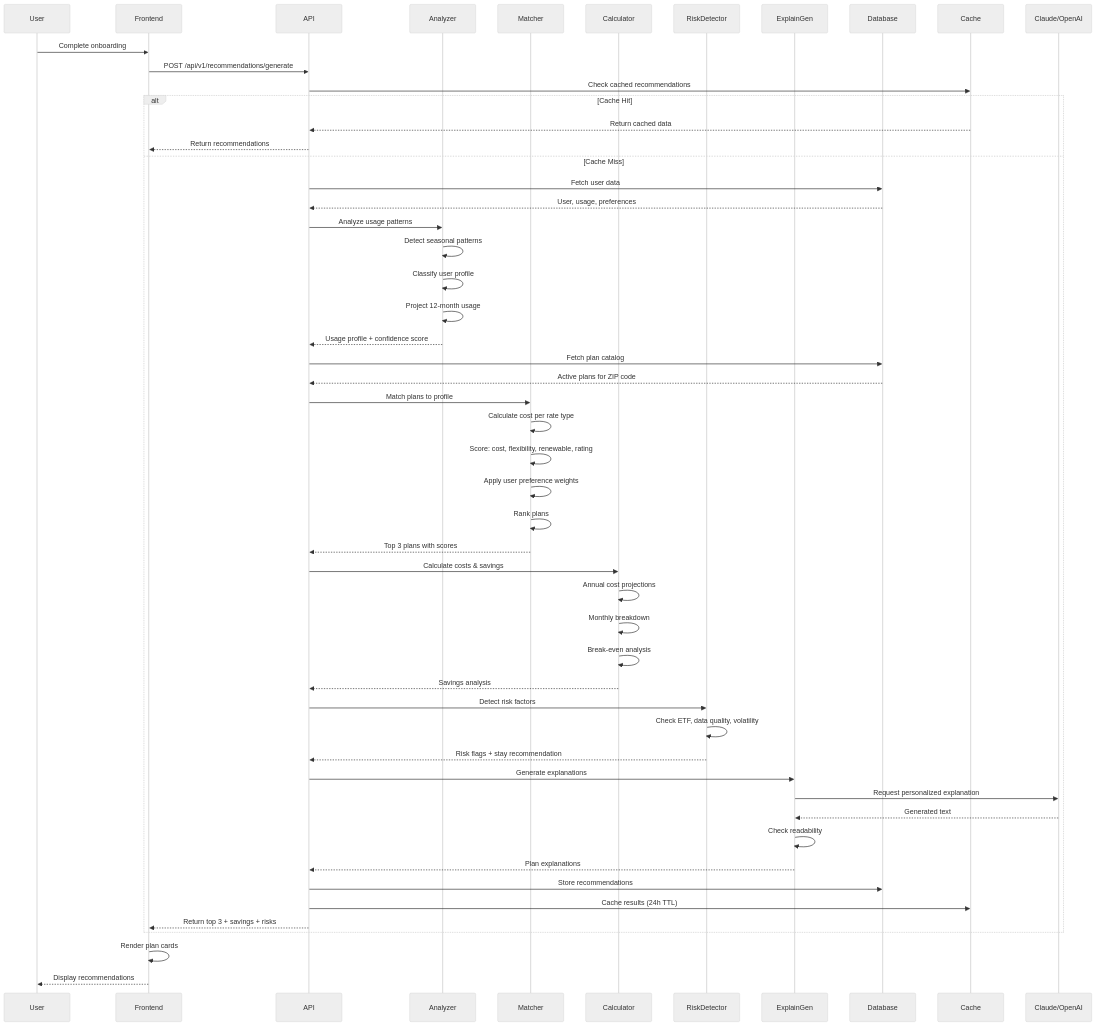
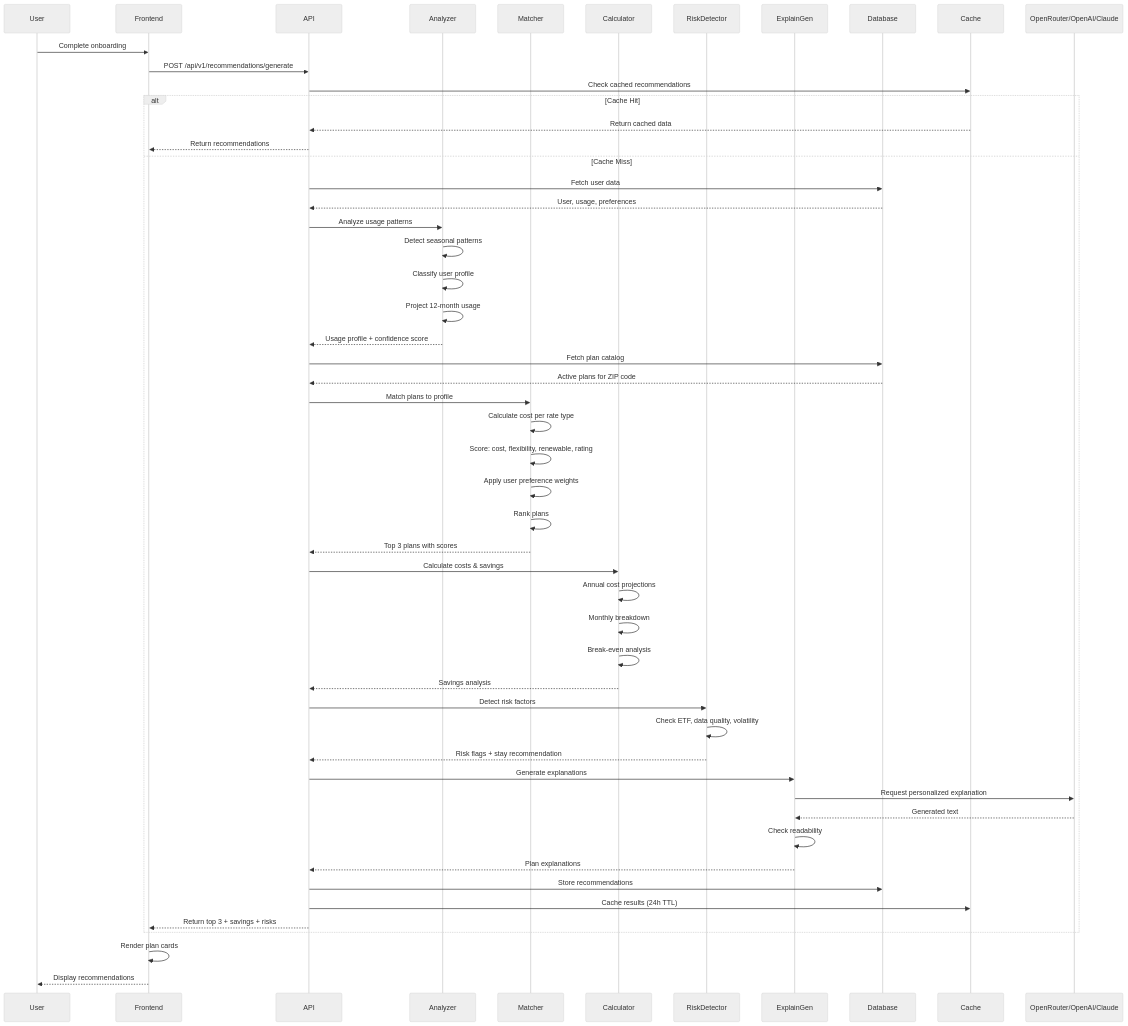
One commit to Rhoahndur/Treebeard changed the fourth of 11 diagrams in architecture.md. Above: the diagram before and after it, drawn with Mermaid (neutral theme). The commit also changed other lines of this file, not shown here.

Commit message:
update architecture doc

````diff
--- a/architecture.md
+++ b/architecture.md
@@ -254,65 +259,65 @@
 ```mermaid
 sequenceDiagram
     participant User
     participant Frontend
     participant API
     participant Analyzer
     participant Matcher
     participant Calculator
     participant RiskDetector
     participant ExplainGen
     participant Database
     participant Cache
-    participant AI as Claude/OpenAI
+    participant AI as OpenRouter/OpenAI/Claude
 
     User->>Frontend: Complete onboarding
     Frontend->>API: POST /api/v1/recommendations/generate
 
     API->>Cache: Check cached recommendations
     alt Cache Hit
         Cache-->>API: Return cached data
         API-->>Frontend: Return recommendations
     else Cache Miss
         API->>Database: Fetch user data
         Database-->>API: User, usage, preferences
 
         API->>Analyzer: Analyze usage patterns
         Analyzer->>Analyzer: Detect seasonal patterns
         Analyzer->>Analyzer: Classify user profile
         Analyzer->>Analyzer: Project 12-month usage
         Analyzer-->>API: Usage profile + confidence score
 
         API->>Database: Fetch plan catalog
         Database-->>API: Active plans for ZIP code
 
         API->>Matcher: Match plans to profile
         Matcher->>Matcher: Calculate cost per rate type
         Matcher->>Matcher: Score: cost, flexibility, renewable, rating
         Matcher->>Matcher: Apply user preference weights
         Matcher->>Matcher: Rank plans
         Matcher-->>API: Top 3 plans with scores
 
         API->>Calculator: Calculate costs & savings
         Calculator->>Calculator: Annual cost projections
         Calculator->>Calculator: Monthly breakdown
         Calculator->>Calculator: Break-even analysis
         Calculator-->>API: Savings analysis
 
         API->>RiskDetector: Detect risk factors
         RiskDetector->>RiskDetector: Check ETF, data quality, volatility
         RiskDetector-->>API: Risk flags + stay recommendation
 
         API->>ExplainGen: Generate explanations
         ExplainGen->>AI: Request personalized explanation
         AI-->>ExplainGen: Generated text
         ExplainGen->>ExplainGen: Check readability
         ExplainGen-->>API: Plan explanations
 
         API->>Database: Store recommendations
         API->>Cache: Cache results (24h TTL)
         API-->>Frontend: Return top 3 + savings + risks
     end
 
     Frontend->>Frontend: Render plan cards
     Frontend-->>User: Display recommendations
 ```
````
